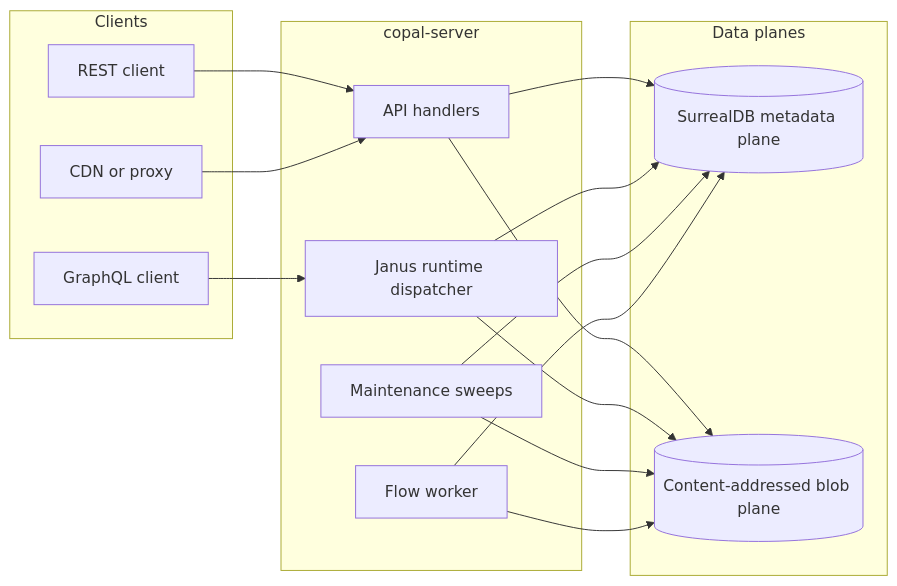
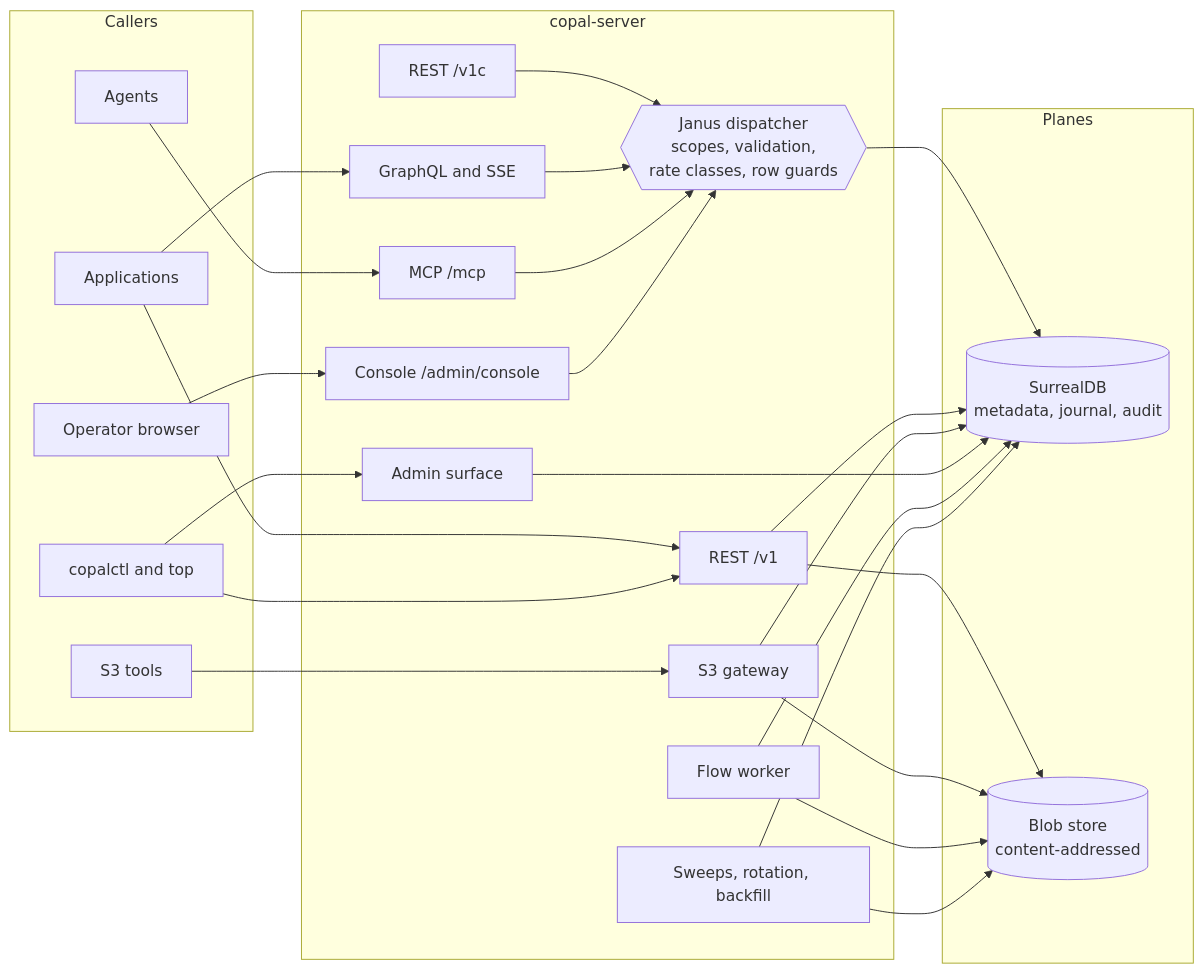
Before and after one commit to Oneiriq/copal: the second of 4 diagrams in docs/architecture.md, drawn with Mermaid. The commit also changed other lines of this file and 6 other files, not shown here.

````diff
--- a/docs/architecture.md
+++ b/docs/architecture.md
@@ -9,32 +62,52 @@
 ```mermaid
 flowchart LR
-    subgraph clients [Clients]
-        rest[REST client]
-        gql[GraphQL client]
-        cdn[CDN or proxy]
+    subgraph callers [Callers]
+        app[Applications]
+        agent[Agents]
+        tools[S3 tools]
+        browser[Operator browser]
+        term["copalctl and top"]
     end
 
     subgraph server [copal-server]
-        api[API handlers]
-        janus[Janus runtime dispatcher]
-        sweeps[Maintenance sweeps]
-        worker[Flow worker]
+        rest["REST /v1"]
+        s3["S3 gateway"]
+        admin["Admin surface"]
+        restc["REST /v1c"]
+        gql["GraphQL and SSE"]
+        mcp["MCP /mcp"]
+        console["Console /admin/console"]
+        disp{{"Janus dispatcher<br/>scopes, validation,<br/>rate classes, row guards"}}
+        worker["Flow worker"]
+        sweeps["Sweeps, rotation, backfill"]
     end
 
-    subgraph planes [Data planes]
-        store[(SurrealDB metadata plane)]
-        blob[(Content-addressed blob plane)]
+    subgraph planes [Planes]
+        store[("SurrealDB<br/>metadata, journal, audit")]
+        blob[("Blob store<br/>content-addressed")]
     end
 
-    rest --> api
-    gql --> janus
-    cdn --> api
-    api --> store
-    api --> blob
-    janus --> store
-    janus --> blob
+    app --> rest
+    app --> gql
+    agent --> mcp
+    tools --> s3
+    browser --> console
+    term --> rest
+    term --> admin
+
+    restc --> disp
+    gql --> disp
+    mcp --> disp
+    console --> disp
+
+    disp --> store
+    rest --> store
+    rest --> blob
+    s3 --> store
+    s3 --> blob
+    admin --> store
+    worker --> store
+    worker --> blob
     sweeps --> store
     sweeps --> blob
-    worker --> store
-    worker --> blob
 ```
````
